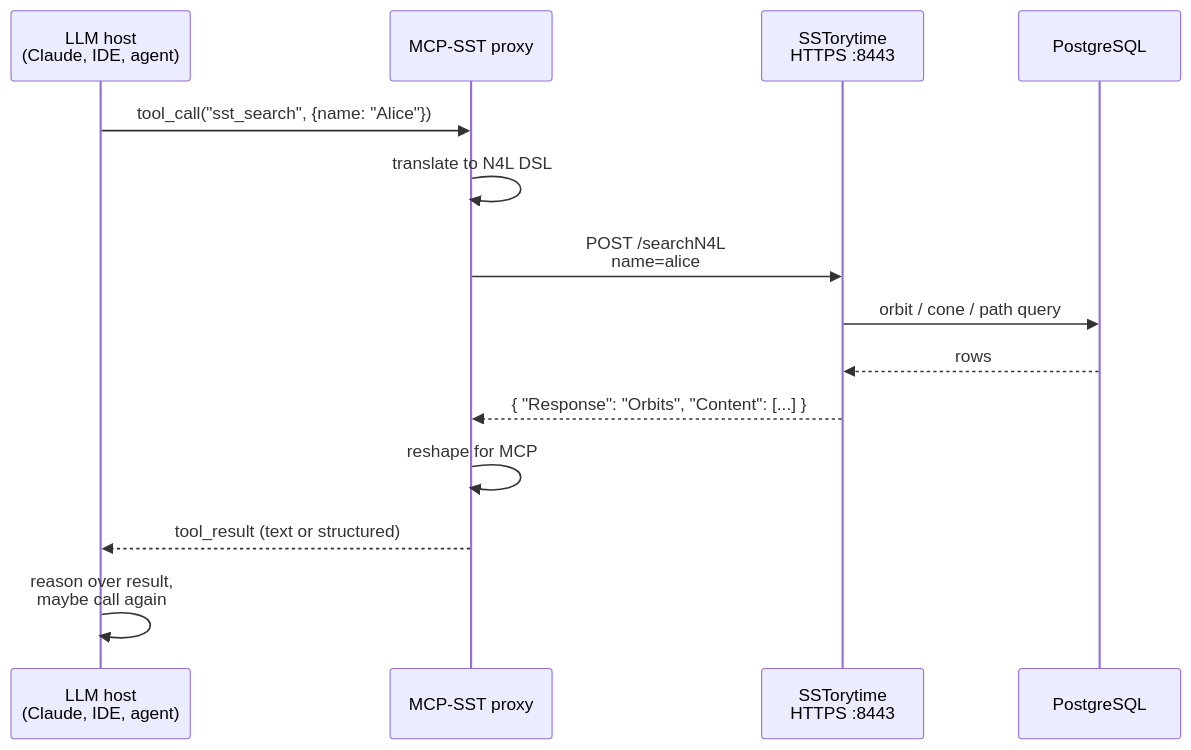
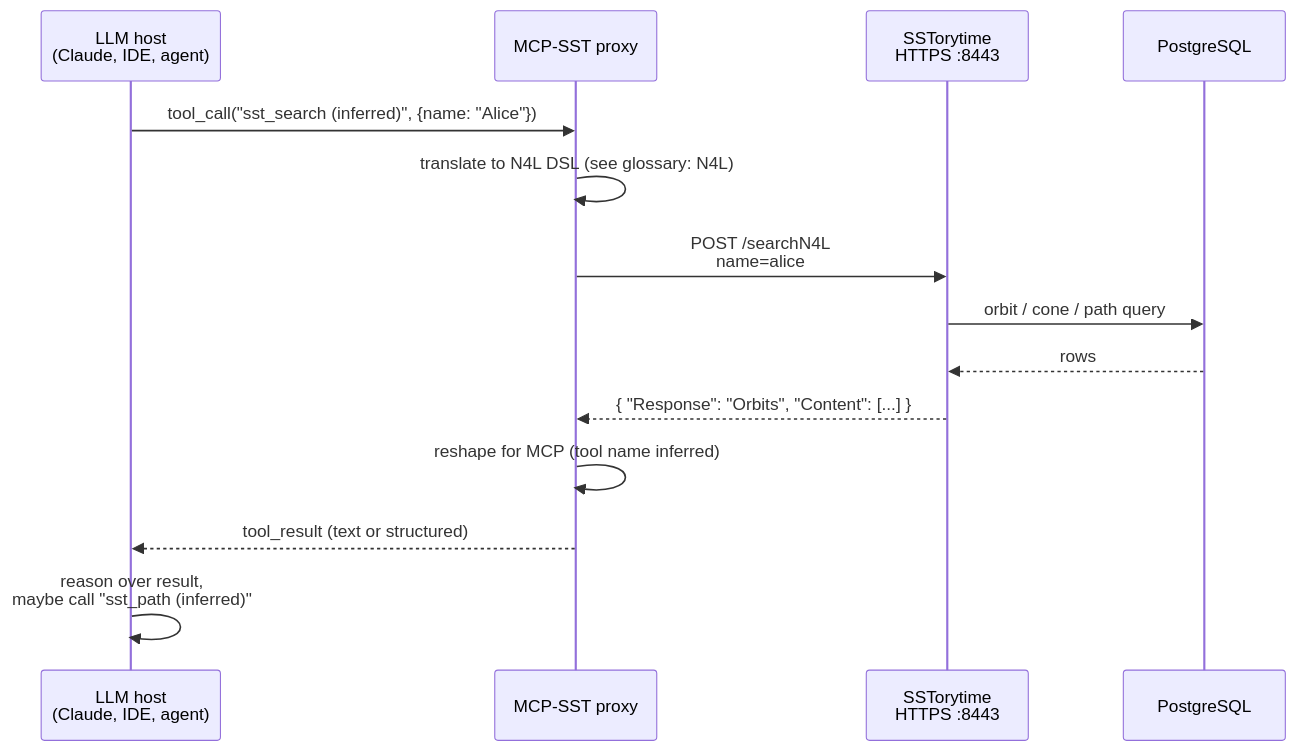
The diagram in docs/http-api/mcp-sst.md (markburgess/SSTorytime), drawn with Mermaid before and after one commit. The commit also changed other lines of this file and 1 other file, not shown here.

First line of the commit message:
docs(stability): add Stability sections to WebAPI, API, and MCP-SST

````diff
--- a/docs/http-api/mcp-sst.md
+++ b/docs/http-api/mcp-sst.md
@@ -40,17 +41,17 @@
 ```mermaid
 sequenceDiagram
     participant LLM as LLM host<br/>(Claude, IDE, agent)
     participant MCP as MCP-SST proxy
     participant SST as SSTorytime<br/>HTTPS :8443
     participant DB as PostgreSQL
 
-    LLM->>MCP: tool_call("sst_search", {name: "Alice"})
-    MCP->>MCP: translate to N4L DSL
+    LLM->>MCP: tool_call("sst_search (inferred)", {name: "Alice"})
+    MCP->>MCP: translate to N4L DSL (see glossary: N4L)
     MCP->>SST: POST /searchN4L<br/>name=alice
     SST->>DB: orbit / cone / path query
     DB-->>SST: rows
     SST-->>MCP: { "Response": "Orbits", "Content": [...] }
-    MCP->>MCP: reshape for MCP
+    MCP->>MCP: reshape for MCP (tool name inferred)
     MCP-->>LLM: tool_result (text or structured)
-    LLM->>LLM: reason over result,<br/>maybe call again
+    LLM->>LLM: reason over result,<br/>maybe call "sst_path (inferred)"
 ```
````
